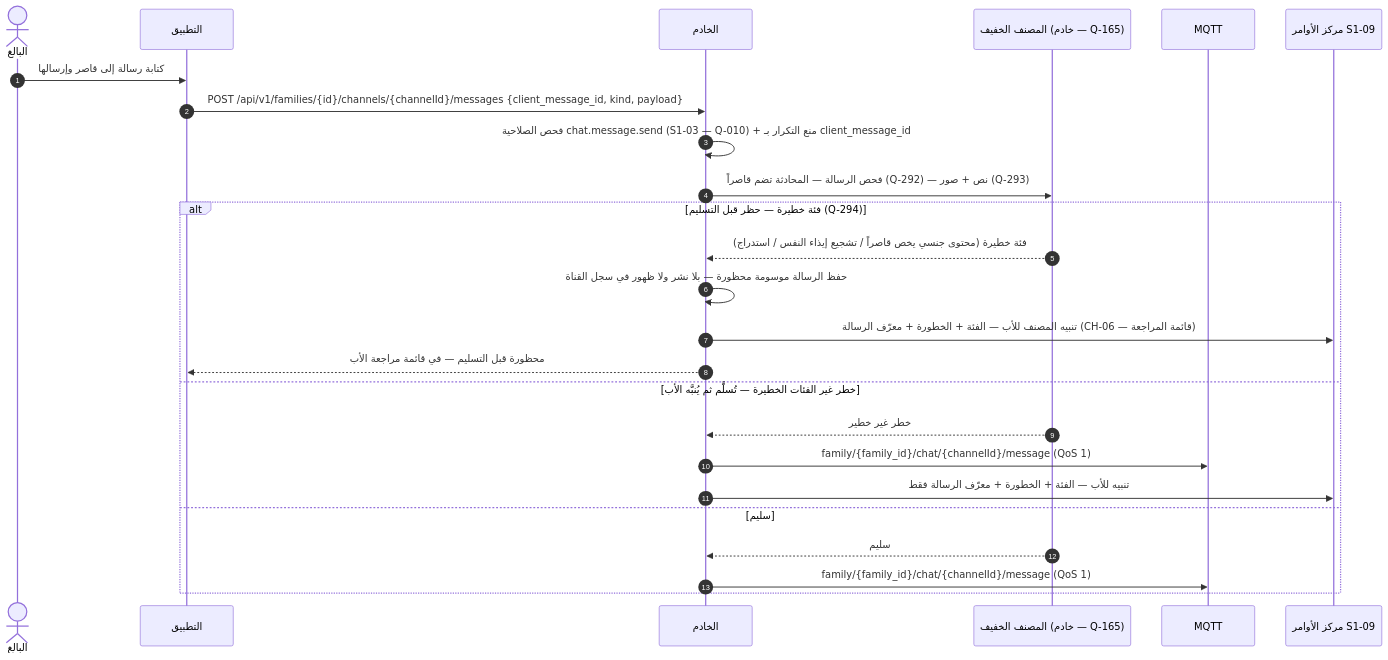
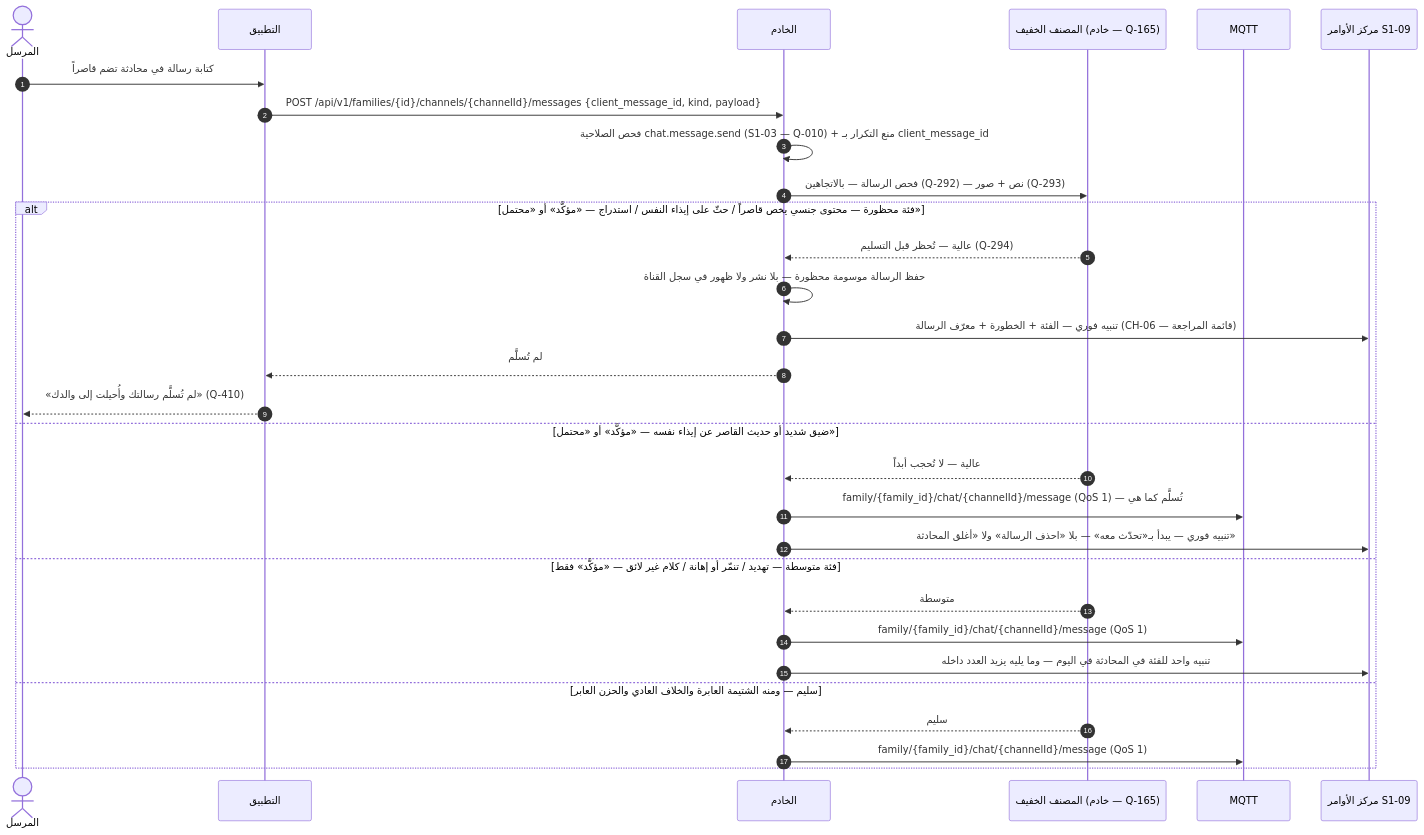
The ninth of 14 diagrams in docs/family-os/governance/phases/phase-1/S1-08-chat-basic/DIAGRAMS.md (Bassam-mohammed-alqaeadi/family-os-v2), drawn with Mermaid before and after one commit. The commit also changed other lines of this file and 22 other files, not shown here.

First line of the commit message:
docs(phase-1): redraw diagrams of the ten systems on the approved design (Q-428)

````diff
--- a/docs/family-os/governance/phases/phase-1/S1-08-chat-basic/DIAGRAMS.md
+++ b/docs/family-os/governance/phases/phase-1/S1-08-chat-basic/DIAGRAMS.md
@@ -377,27 +391,32 @@
 ```mermaid
 sequenceDiagram
     autonumber
-    actor Adult as البالغ
+    actor Sender as المرسل
     participant App as التطبيق
     participant Ktor as الخادم
     participant Classifier as المصنف الخفيف (خادم — Q-165)
     participant MQTT as MQTT
     participant S109 as مركز الأوامر S1-09
-    Adult->>App: كتابة رسالة إلى قاصر وإرسالها
+    Sender->>App: كتابة رسالة في محادثة تضم قاصراً
     App->>Ktor: POST /api/v1/families/{id}/channels/{channelId}/messages {client_message_id, kind, payload}
     Ktor->>Ktor: فحص الصلاحية chat.message.send (S1-03 — Q-010) + منع التكرار بـ client_message_id
-    Ktor->>Classifier: فحص الرسالة — المحادثة تضم قاصراً (Q-292) — نص + صور (Q-293)
-    alt فئة خطيرة — حظر قبل التسليم (Q-294)
-        Classifier-->>Ktor: فئة خطيرة (محتوى جنسي يخص قاصراً / تشجيع إيذاء النفس / استدراج)
+    Ktor->>Classifier: فحص الرسالة — بالاتجاهين (Q-292) — نص + صور (Q-293)
+    alt فئة محظورة — محتوى جنسي يخص قاصراً / حثّ على إيذاء النفس / استدراج — «مؤكَّد» أو «محتمل»
+        Classifier-->>Ktor: عالية — تُحظر قبل التسليم (Q-294)
         Ktor->>Ktor: حفظ الرسالة موسومة محظورة — بلا نشر ولا ظهور في سجل القناة
-        Ktor->>S109: تنبيه المصنف للأب — الفئة + الخطورة + معرّف الرسالة (CH-06 — قائمة المراجعة)
-        Ktor-->>App: محظورة قبل التسليم — في قائمة مراجعة الأب
-    else خطر غير الفئات الخطيرة — تُسلَّم ثم يُنبَّه الأب
-        Classifier-->>Ktor: خطر غير خطير
+        Ktor->>S109: تنبيه فوري — الفئة + الخطورة + معرّف الرسالة (CH-06 — قائمة المراجعة)
+        Ktor-->>App: لم تُسلَّم
+        App-->>Sender: «لم تُسلَّم رسالتك وأُحيلت إلى والدك» (Q-410)
+    else ضيق شديد أو حديث القاصر عن إيذاء نفسه — «مؤكَّد» أو «محتمل»
+        Classifier-->>Ktor: عالية — لا تُحجب أبداً
+        Ktor->>MQTT: family/{family_id}/chat/{channelId}/message (QoS 1) — تُسلَّم كما هي
+        Ktor->>S109: تنبيه فوري — يبدأ بـ«تحدّث معه» — بلا «احذف الرسالة» ولا «أغلق المحادثة»
+    else فئة متوسطة — تهديد / تنمّر أو إهانة / كلام غير لائق — «مؤكَّد» فقط
+        Classifier-->>Ktor: متوسطة
         Ktor->>MQTT: family/{family_id}/chat/{channelId}/message (QoS 1)
-        Ktor->>S109: تنبيه للأب — الفئة + الخطورة + معرّف الرسالة فقط
-    else سليم
+        Ktor->>S109: تنبيه واحد للفئة في المحادثة في اليوم — وما يليه يزيد العدد داخله
+    else سليم — ومنه الشتيمة العابرة والخلاف العادي والحزن العابر
         Classifier-->>Ktor: سليم
         Ktor->>MQTT: family/{family_id}/chat/{channelId}/message (QoS 1)
     end
 ```
````
